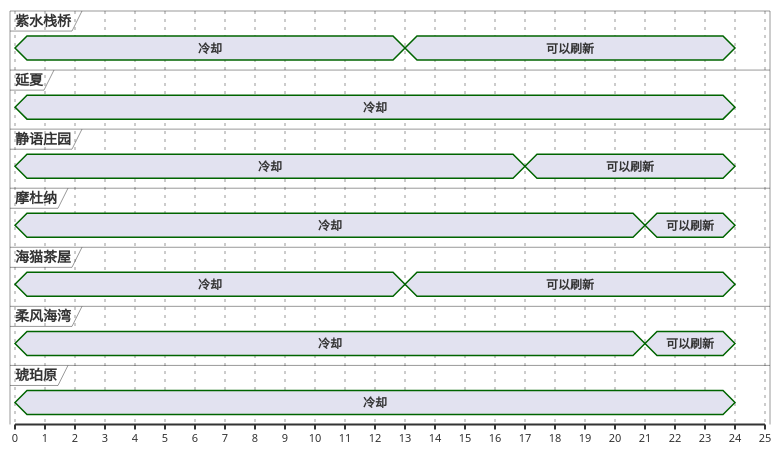
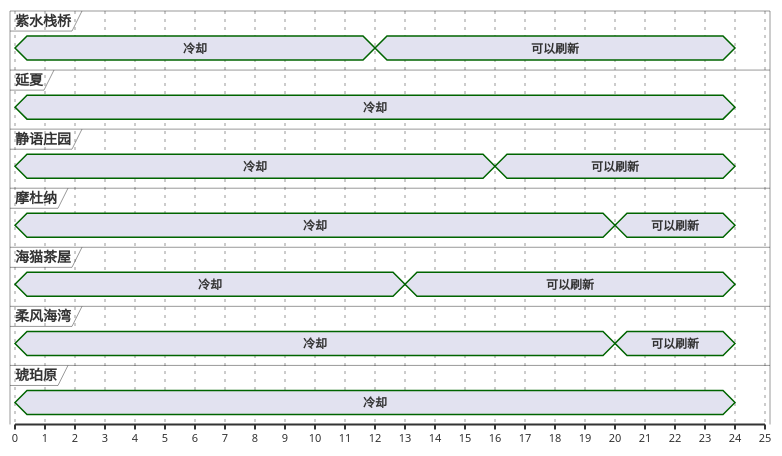
One commit to Eroleice/doc-pi changed the third of 13 diagrams in ffxiv/hunt/2.0/Safat.md. Above: the diagram before and after it, drawn with PlantUML. The commit also changed other lines of this file and 38 other files, not shown here.

````diff
--- a/ffxiv/hunt/2.0/Safat.md
+++ b/ffxiv/hunt/2.0/Safat.md
@@ -142,47 +142,47 @@
 ```plantuml
 @startuml
 scale 1 as 30 pixels
 
 concise 紫水栈桥
 concise 延夏
 concise 静语庄园
 concise 摩杜纳
 concise 海猫茶屋
 concise 柔风海湾
 concise 琥珀原
 
 @紫水栈桥
 0 is 冷却
-13 is 可以刷新
+12 is 可以刷新
 24 is {hidden}
 
 @海猫茶屋
 0 is 冷却
 13 is 可以刷新
 24 is {hidden}
 
 @静语庄园
 0 is 冷却
-17 is 可以刷新
+16 is 可以刷新
 24 is {hidden}
 
 @摩杜纳
 0 is 冷却
-21 is 可以刷新
+20 is 可以刷新
 24 is {hidden}
 
 @柔风海湾
 0 is 冷却
-21 is 可以刷新
+20 is 可以刷新
 24 is {hidden}
 
 @琥珀原
 0 is 冷却
 24 is {hidden}
 
 @延夏
 0 is 冷却
 24 is {hidden}
 
 @enduml
 ```
````
